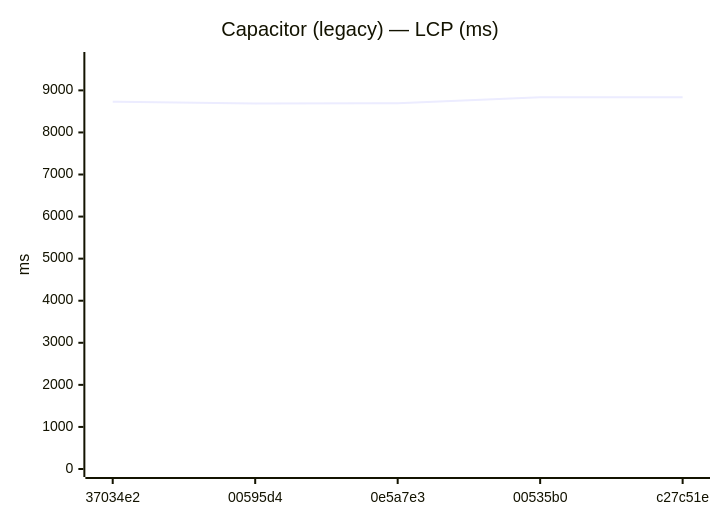
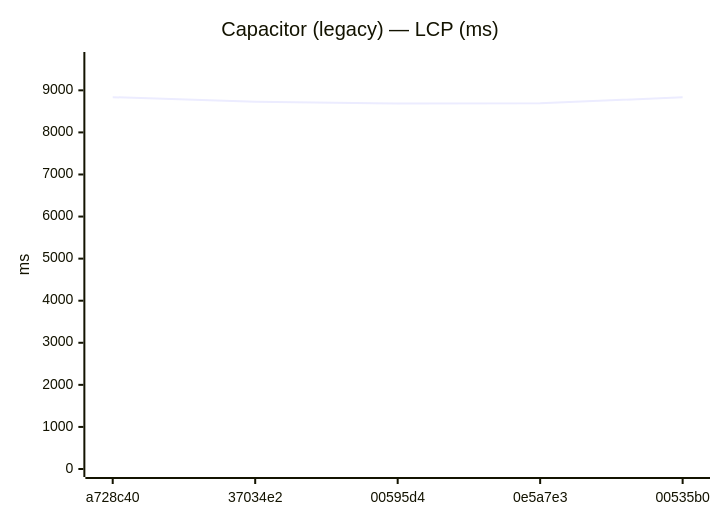
One commit to Metaheurist/Rianell changed diagram 13 of 24 in benchmarks/compare.md. Above: the diagram before and after it, drawn with Mermaid. The commit also changed other lines of this file and 12 other files, not shown here.

````diff
--- a/benchmarks/compare.md
+++ b/benchmarks/compare.md
@@ -186,7 +190,7 @@
 ```mermaid
 xychart-beta
     title "Capacitor (legacy) — LCP (ms)"
-    x-axis ["37034e2", "00595d4", "0e5a7e3", "00535b0", "c27c51e"]
-    y-axis "ms" 0 --> 9722
-    line [8731, 8688, 8693, 8834, 8838]
+    x-axis ["a728c40", "37034e2", "00595d4", "0e5a7e3", "00535b0"]
+    y-axis "ms" 0 --> 9721
+    line [8837, 8731, 8688, 8693, 8834]
 ```
````
